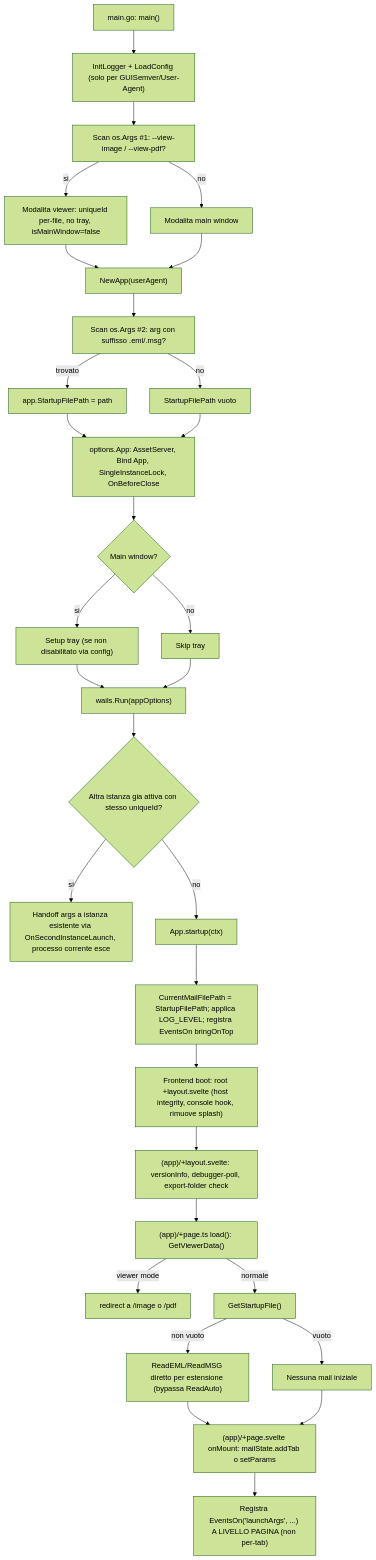
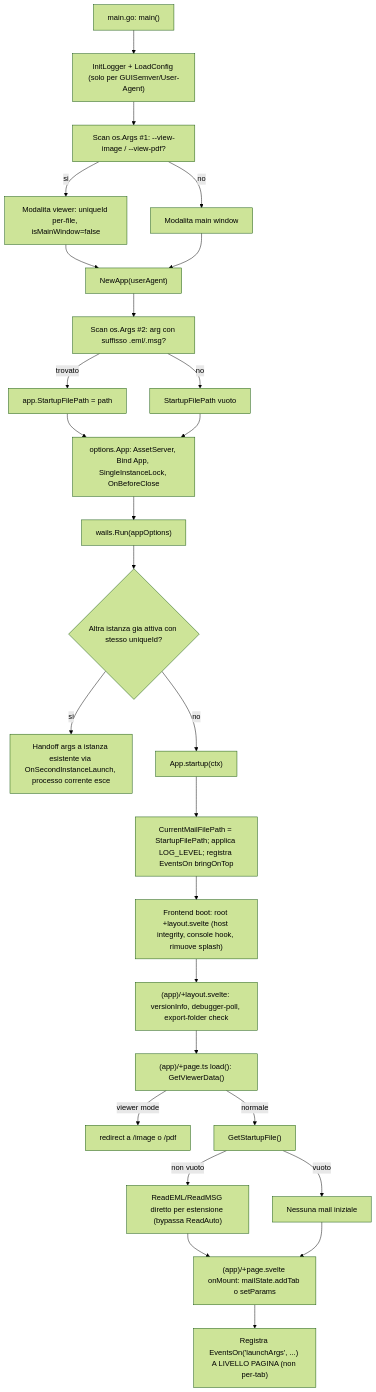
The first of 6 diagrams in docs/mail-flow-schema.md (EMLy-mail/emly-app), drawn with Mermaid (forest theme) before and after one commit. The commit also changed other lines of this file and 14 other files, not shown here.

````diff
--- a/docs/mail-flow-schema.md
+++ b/docs/mail-flow-schema.md
@@ -7,33 +7,29 @@
 ```mermaid
 flowchart TD
     A["main.go: main()"] --> B["InitLogger + LoadConfig (solo per GUISemver/User-Agent)"]
     B --> C["Scan os.Args #1: --view-image / --view-pdf?"]
-    C -->|si| D["Modalita viewer: uniqueId per-file, no tray, isMainWindow=false"]
+    C -->|si| D["Modalita viewer: uniqueId per-file, isMainWindow=false"]
     C -->|no| E["Modalita main window"]
     D --> F["NewApp(userAgent)"]
     E --> F
     F --> G["Scan os.Args #2: arg con suffisso .eml/.msg?"]
     G -->|trovato| H["app.StartupFilePath = path"]
     G -->|no| I["StartupFilePath vuoto"]
     H --> J["options.App: AssetServer, Bind App, SingleInstanceLock, OnBeforeClose"]
     I --> J
-    J --> K{"Main window?"}
-    K -->|si| L["Setup tray (se non disabilitato via config)"]
-    K -->|no| M["Skip tray"]
-    L --> N["wails.Run(appOptions)"]
-    M --> N
+    J --> N["wails.Run(appOptions)"]
     N --> O{"Altra istanza gia attiva con stesso uniqueId?"}
     O -->|si| P["Handoff args a istanza esistente via OnSecondInstanceLaunch, processo corrente esce"]
     O -->|no| Q["App.startup(ctx)"]
     Q --> R["CurrentMailFilePath = StartupFilePath; applica LOG_LEVEL; registra EventsOn bringOnTop"]
     R --> S["Frontend boot: root +layout.svelte (host integrity, console hook, rimuove splash)"]
     S --> T["(app)/+layout.svelte: versionInfo, debugger-poll, export-folder check"]
     T --> U["(app)/+page.ts load(): GetViewerData()"]
     U -->|viewer mode| V["redirect a /image o /pdf"]
     U -->|normale| W["GetStartupFile()"]
     W -->|non vuoto| X["ReadEML/ReadMSG diretto per estensione (bypassa ReadAuto)"]
     W -->|vuoto| Y["Nessuna mail iniziale"]
     X --> Z["(app)/+page.svelte onMount: mailState.addTab o setParams"]
     Y --> Z
     Z --> AA["Registra EventsOn('launchArgs', ...) A LIVELLO PAGINA (non per-tab)"]
 ```
````
